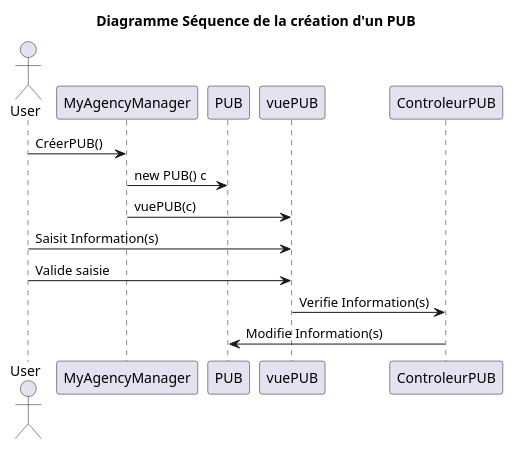
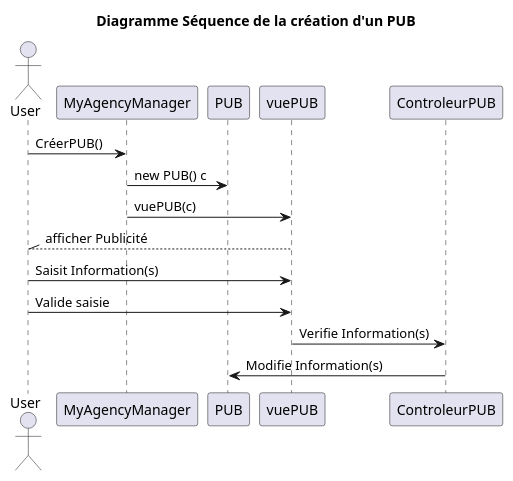
The diagram in DossierConception/SeqCreerPub.pu (Arnaud-Sibade-Tlse/ProjetUML_Miashs), drawn with PlantUML before and after one commit. The commit also changed 1 other file, not shown here.

Commit message:
SEQUENCE, retour vue

```diff
--- a/DossierConception/SeqCreerPub.pu
+++ b/DossierConception/SeqCreerPub.pu
@@ -1,17 +1,19 @@
 @startuml
 
 title Diagramme Séquence de la création d'un PUB
 
 actor User as U
 U -> MyAgencyManager :CréerPUB()
 
 MyAgencyManager -> PUB :new PUB() c
 
 MyAgencyManager -> vuePUB : vuePUB(c)
 
+U //-- vuePUB :afficher Publicité
+
 U -> vuePUB :Saisit Information(s)
 U -> vuePUB :Valide saisie
 
 vuePUB -> ControleurPUB :Verifie Information(s)
 ControleurPUB -> PUB :Modifie Information(s)
 @enduml
```
